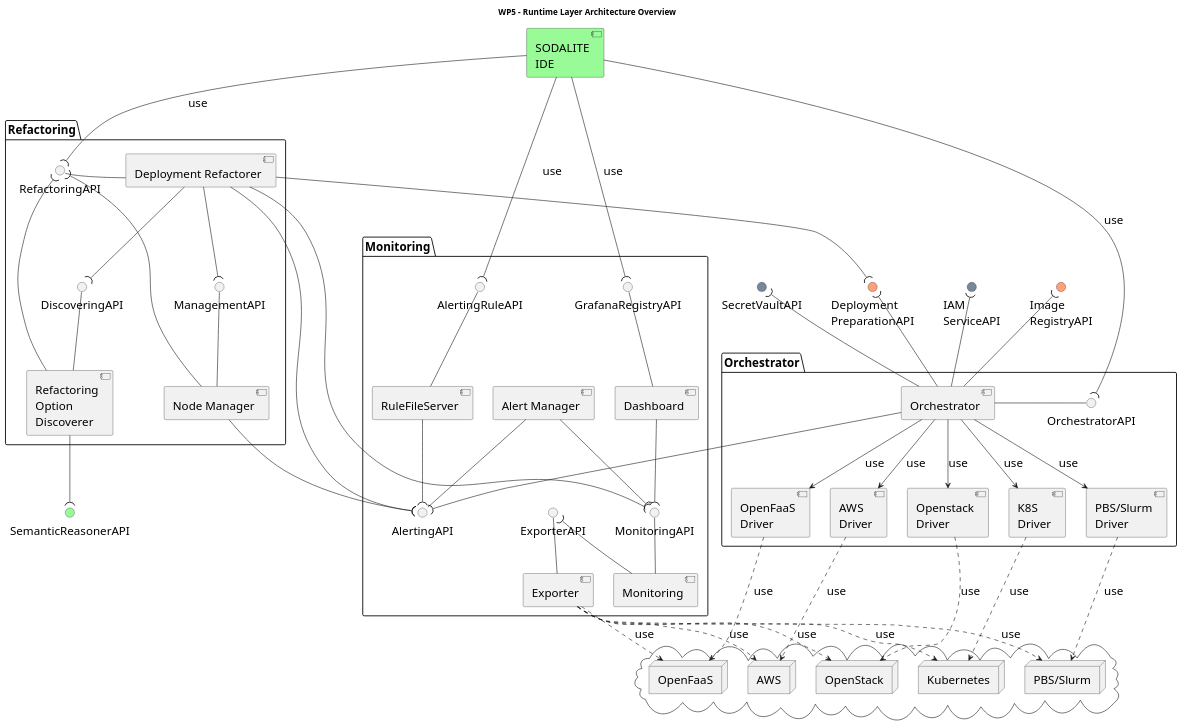
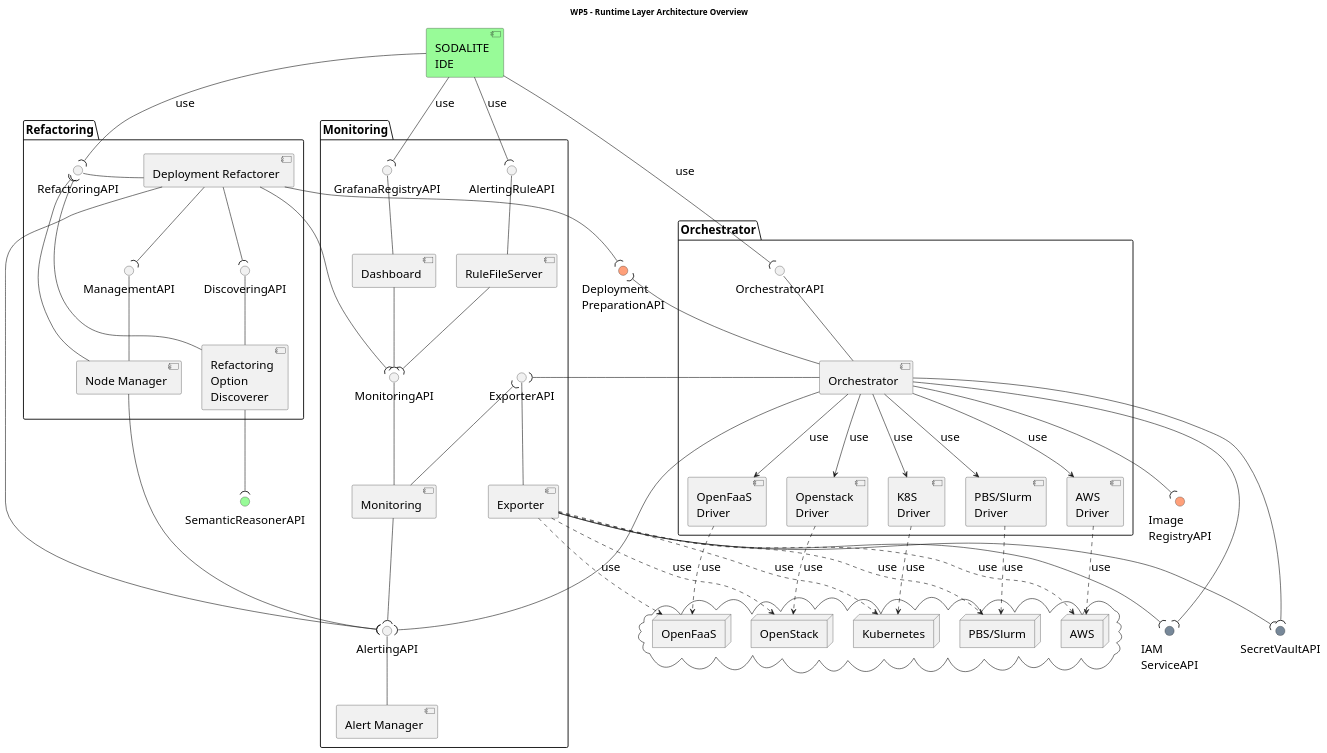
Before and after one commit to SODALITE-EU/project-wide-documentation: the diagram in uml/component-diagrams/CD-WP5-ArchitectureOverview.puml, drawn with PlantUML.

Commit message:
d2.3: improving layout

```diff
--- a/uml/component-diagrams/CD-WP5-ArchitectureOverview.puml
+++ b/uml/component-diagrams/CD-WP5-ArchitectureOverview.puml
@@ -1,119 +1,123 @@
 @startuml
 
 title WP5 - Runtime Layer Architecture Overview
 
 skinparam fixCircleLabelOverlapping true 
 skinparam defaultFontSize 20
 
 [SODALITE\nIDE] as ide #PaleGreen
 interface "SemanticReasonerAPI" as sem #PaleGreen
 
 package "Orchestrator" as orch {
     component [Orchestrator] as orch_impl
     interface "OrchestratorAPI" as orch_if
     component [Openstack\nDriver] as os_driver
     component [K8S\nDriver] as k8s_driver
     component [PBS/Slurm\nDriver] as torque_driver
     component [OpenFaaS\nDriver] as faas_driver
     component [AWS\nDriver] as aws_driver
-    orch_impl - orch_if
+    orch_impl -u- orch_if
 }
 
 package "Monitoring" as mon {
     [Monitoring] as mon_impl
     () "MonitoringAPI" as mon_if
     [Dashboard] as dash
     () "GrafanaRegistryAPI" as grafana_if
     [Exporter] as exp
     () "ExporterAPI" as exp_if
     [Alert Manager] as alert_mngr
     () "AlertingAPI"  as alert_if
+    alert_mngr -u- alert_if
     [RuleFileServer] as rule_server
     () "AlertingRuleAPI" as alert_rule_if
     mon_impl -u- mon_if
     exp -u- exp_if
-    alert_mngr -d- alert_if
     rule_server -u- alert_rule_if
-    rule_server --( alert_if
+    rule_server --( mon_if
     dash -u- grafana_if
 }
 
 package "Refactoring" as refactor {
     interface "RefactoringAPI" as ref_if
     interface "DiscoveringAPI" as dis_if
     interface "ManagementAPI" as mng_if
     component [Deployment Refactorer] as ref_depl
     component [Refactoring\nOption\nDiscoverer] as ref_opt
     component [Node Manager] as ref_node
     dis_if -d- ref_opt
     mng_if -d- ref_node
     ref_if - ref_depl
 }
 
 cloud {
     node OpenStack
     node Kubernetes as K8S
     node "PBS/Slurm" as PBS
     node OpenFaaS
     node AWS
 }
 
 'WP4 APIs
 interface "Deployment\nPreparationAPI" as depl_prep #LightSalmon
 interface "Image\nRegistryAPI" as image_reg #LightSalmon
 
 'Security APIs
 interface "IAM\nServiceAPI" as IAMApi #LightSlateGrey
 interface "SecretVaultAPI" as VaultAPI #LightSlateGrey
 
 
 
 'Monitoring
 mon_impl -u-( exp_if
 dash --( mon_if
-alert_mngr --( mon_if
+mon_impl --( alert_if
+
+exp --( VaultAPI
+exp --( IAMApi
 
 
 'Refactoring
 ref_opt --( ref_if
 ref_node --( ref_if
 ref_opt --( sem
 
 ref_depl --( mng_if
 ref_depl --( dis_if
 ref_depl --( depl_prep
 
 ref_node --( alert_if
 ref_depl --( alert_if
 ref_depl --( mon_if
 orch_impl --( alert_if
+orch_impl --( exp_if
 
 
 orch_impl --> os_driver : use
 orch_impl --> k8s_driver : use
 orch_impl --> torque_driver : use
 orch_impl --> aws_driver : use
 orch_impl --> faas_driver : use
 
 orch_impl -u-( depl_prep
-orch_impl -u-( image_reg
-orch_impl -u-( IAMApi
-orch_impl -u-( VaultAPI
+orch_impl --( image_reg
+orch_impl --( IAMApi
+orch_impl --( VaultAPI
 
 os_driver ..> OpenStack : use
 k8s_driver ..> K8S : use
 faas_driver ..> OpenFaaS : use
 aws_driver ..> AWS : use
 torque_driver ..> PBS : use
 
 exp .d.> OpenStack : use
 exp .d.> K8S : use
 exp .d.> PBS : use
 exp .d.> OpenFaaS : use
 exp .d.> AWS : use
 
 ide --( orch_if : use
 ide --( grafana_if : use
 ide --( alert_rule_if : use
 ide --( ref_if : use
 @enduml
```
